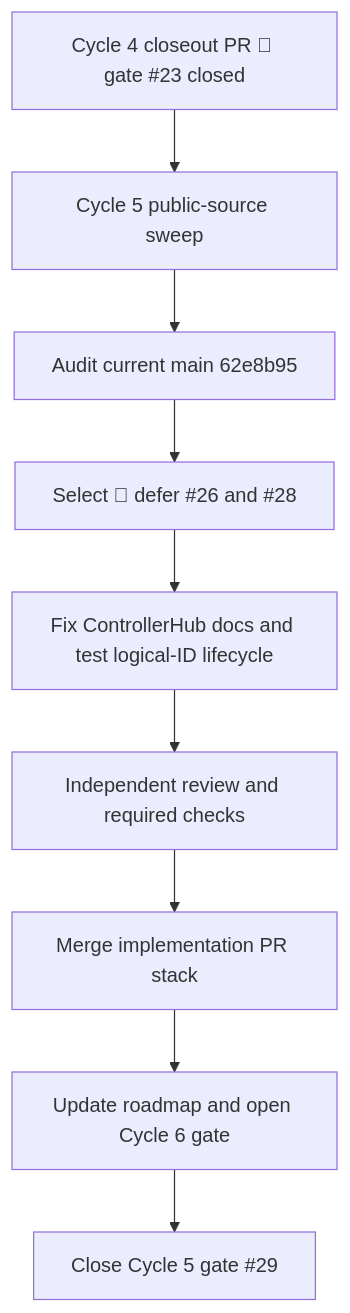
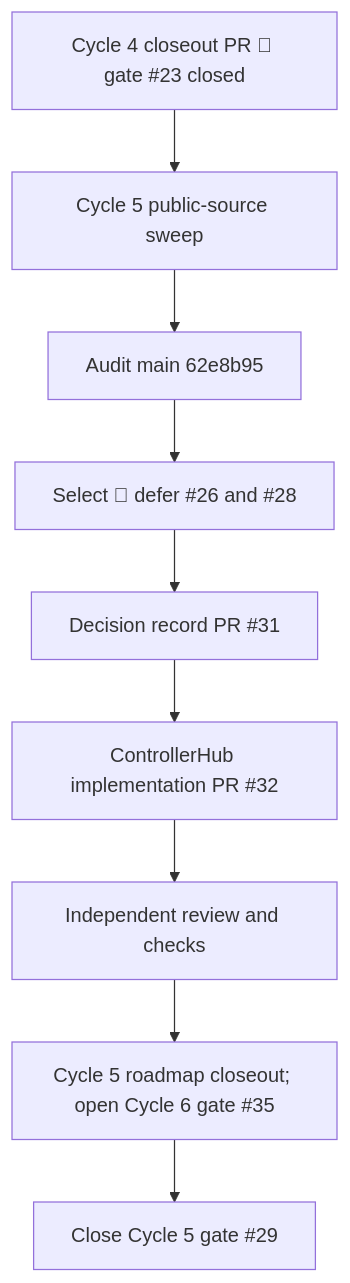
Before and after one commit to SYMBaiEX/OpenController: the fourth of 5 diagrams in docs/roadmap/ai-gaming-opportunities.md, drawn with Mermaid. The commit also changed other lines of this file, not shown here.

Commit message:
docs: close cycle 5 and open cycle 6 gate

````diff
--- a/docs/roadmap/ai-gaming-opportunities.md
+++ b/docs/roadmap/ai-gaming-opportunities.md
@@ -317,11 +321,11 @@
 ```mermaid
 flowchart TD
   A[Cycle 4 closeout PR #30; gate #23 closed] --> B[Cycle 5 public-source sweep]
-  B --> C[Audit current main 62e8b95]
+  B --> C[Audit main 62e8b95]
   C --> D[Select #27; defer #26 and #28]
-  D --> E[Fix ControllerHub docs and test logical-ID lifecycle]
-  E --> F[Independent review and required checks]
-  F --> G[Merge implementation PR stack]
-  G --> H[Update roadmap and open Cycle 6 gate]
+  D --> E[Decision record PR #31]
+  E --> F[ControllerHub implementation PR #32]
+  F --> G[Independent review and checks]
+  G --> H[Cycle 5 roadmap closeout; open Cycle 6 gate #35]
   H --> I[Close Cycle 5 gate #29]
 ```
````
